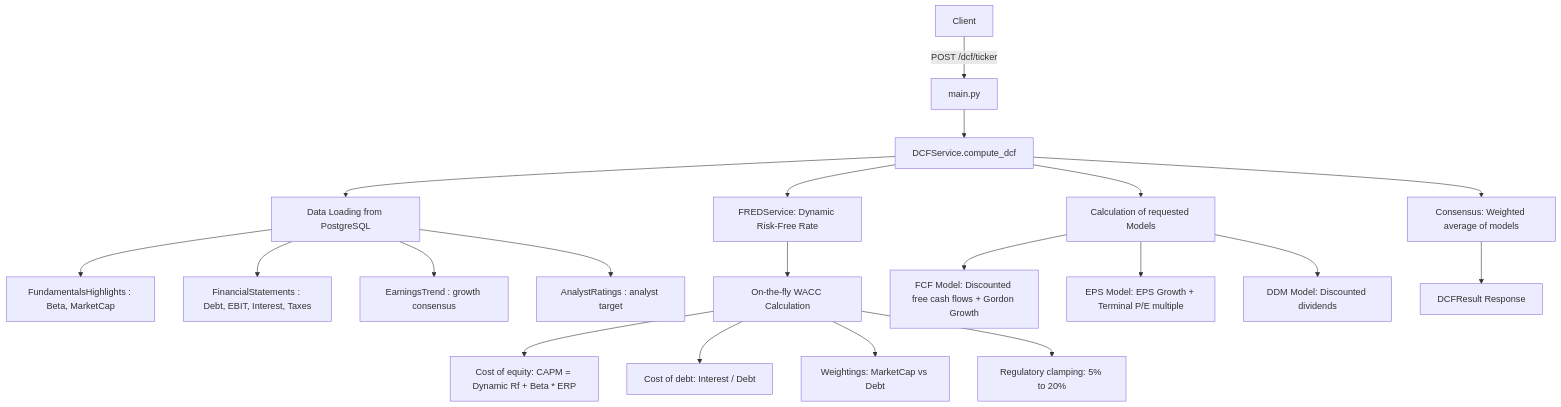
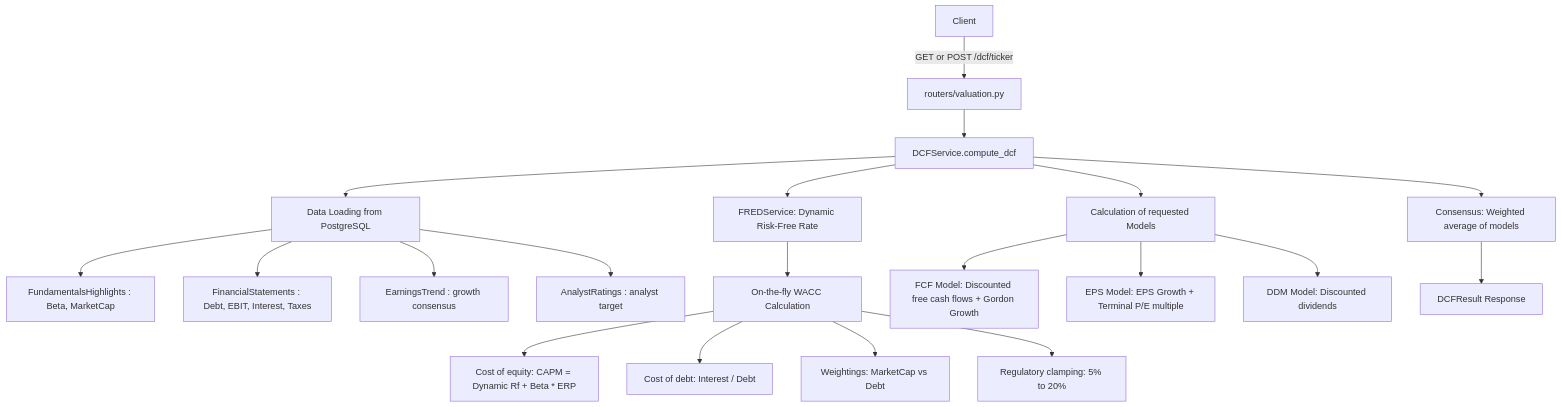
Before and after one commit to fonrex/fonrex: the seventh of 10 diagrams in ARCHITECTURE.md, drawn with Mermaid. The commit also changed other lines of this file and 167 other files, not shown here.

````diff
--- a/ARCHITECTURE.md
+++ b/ARCHITECTURE.md
@@ -1021,25 +1239,25 @@
 ```mermaid
 flowchart TD
-    Client -->|POST /dcf/ticker| API[main.py]
+    Client -->|GET or POST /dcf/ticker| API[routers/valuation.py]
     API --> Service["DCFService.compute_dcf"]
     Service --> DB["Data Loading from PostgreSQL"]
     DB --> HL["FundamentalsHighlights : Beta, MarketCap"]
     DB --> FS["FinancialStatements : Debt, EBIT, Interest, Taxes"]
     DB --> ET["EarningsTrend : growth consensus"]
     DB --> AR["AnalystRatings : analyst target"]
     
     Service --> FRED["FREDService: Dynamic Risk-Free Rate"]
     FRED --> WACC["On-the-fly WACC Calculation"]
     WACC --> Ke["Cost of equity: CAPM = Dynamic Rf + Beta * ERP"]
     WACC --> Kd["Cost of debt: Interest / Debt"]
     WACC --> Weight["Weightings: MarketCap vs Debt"]
     WACC --> Clamp["Regulatory clamping: 5% to 20%"]
     
     Service --> Models["Calculation of requested Models"]
     Models --> FCF["FCF Model: Discounted free cash flows + Gordon Growth"]
     Models --> EPS["EPS Model: EPS Growth + Terminal P/E multiple"]
     Models --> DDM["DDM Model: Discounted dividends"]
     
     Service --> Consensus["Consensus: Weighted average of models"]
     Consensus --> Output["DCFResult Response"]
 ```
````
